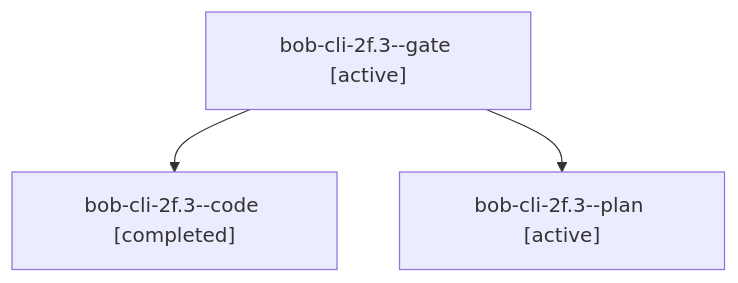
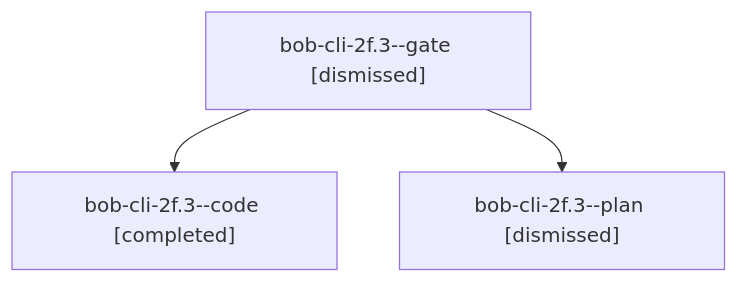
The diagram in sessions/bbugyi200.apollo.bob-cli-2f.3.md (bobs-org/bob-cli--agents), drawn with Mermaid before and after one commit. The commit also changed other lines of this file and 149 other files, not shown here.

````diff
--- a/sessions/bbugyi200.apollo.bob-cli-2f.3.md
+++ b/sessions/bbugyi200.apollo.bob-cli-2f.3.md
@@ -9,8 +9,8 @@
 ```mermaid
 flowchart TD
-  n0["bob-cli-2f.3--gate [active]"]
+  n0["bob-cli-2f.3--gate [dismissed]"]
   n1["bob-cli-2f.3--code [completed]"]
   n0 --> n1
-  n2["bob-cli-2f.3--plan [active]"]
+  n2["bob-cli-2f.3--plan [dismissed]"]
   n0 --> n2
 ```
````
